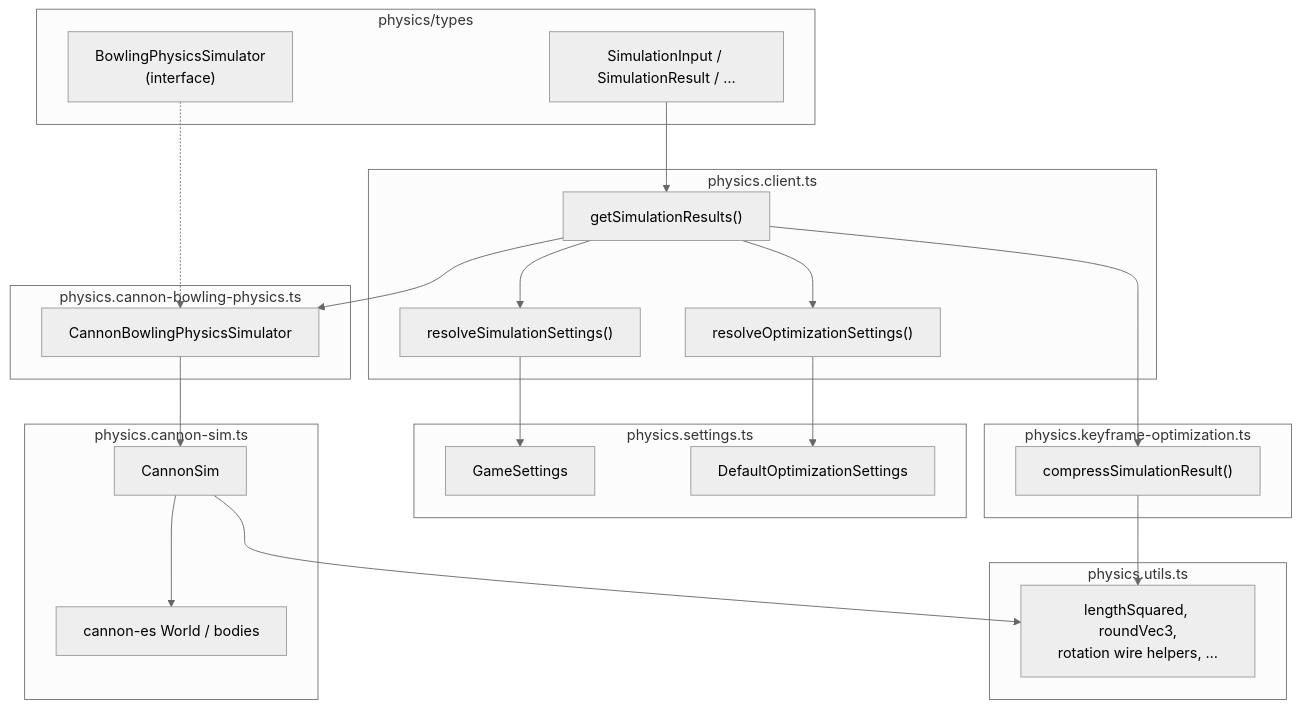
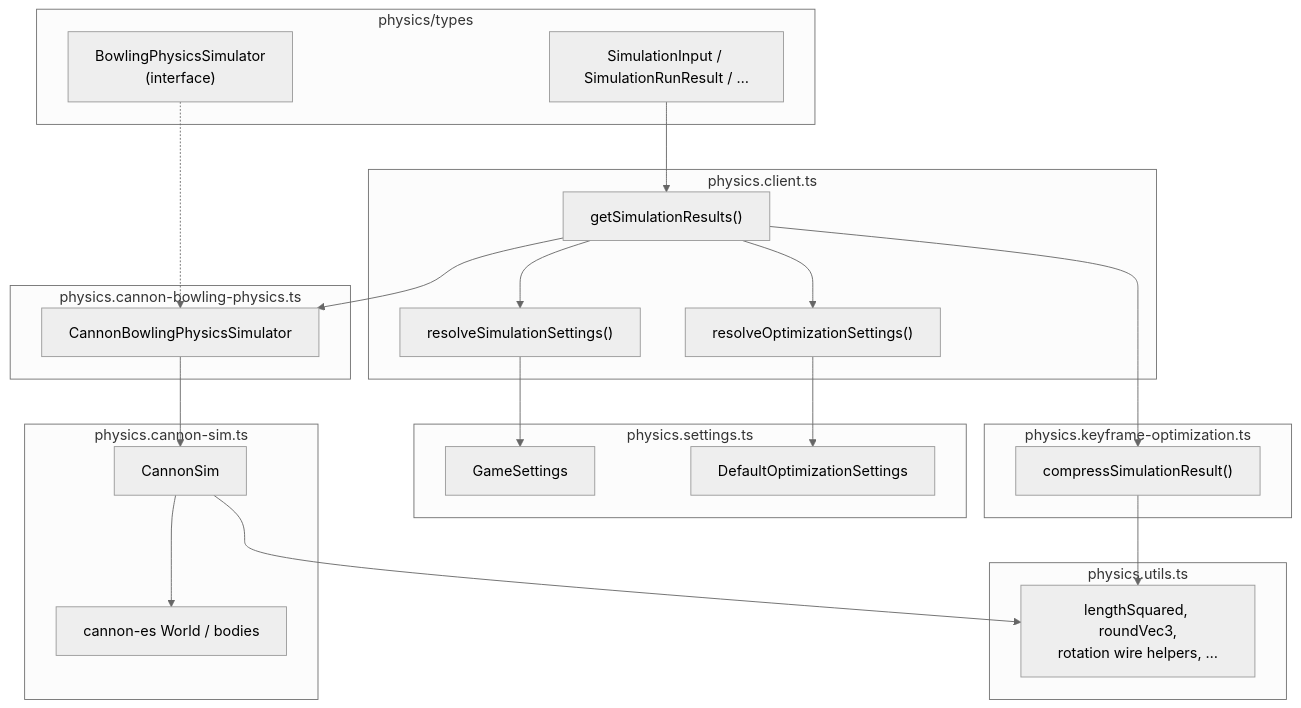
One commit to stom66/dcl-bowling-visualiser changed the first of 3 diagrams in src/bowling/physics/README.md. Above: the diagram before and after it, drawn with Mermaid (neutral theme). The commit also changed other lines of this file and 9 other files, not shown here.

````diff
--- a/src/bowling/physics/README.md
+++ b/src/bowling/physics/README.md
@@ -28,48 +96,48 @@
 ```mermaid
 flowchart TB
  subgraph types["physics/types"]
   IFACE["BowlingPhysicsSimulator\n(interface)"]
-  SI["SimulationInput / SimulationResult / …"]
+  SI["SimulationInput / SimulationRunResult / …"]
  end
 
  subgraph client["physics.client.ts"]
   GSR["getSimulationResults()"]
   RS["resolveSimulationSettings()"]
   RO["resolveOptimizationSettings()"]
  end
 
  subgraph settings["physics.settings.ts"]
   GS["GameSettings"]
   DO["DefaultOptimizationSettings"]
  end
 
  subgraph adapter["physics.cannon-bowling-physics.ts"]
   CBP["CannonBowlingPhysicsSimulator"]
  end
 
  subgraph engine["physics.cannon-sim.ts"]
   CS["CannonSim"]
   CANNON["cannon-es World / bodies"]
  end
 
  subgraph opt["physics.keyframe-optimization.ts"]
   COMP["compressSimulationResult()"]
  end
 
  subgraph utils["physics.utils.ts"]
   U["lengthSquared, roundVec3,\nrotation wire helpers, …"]
  end
 
  IFACE -.-> CBP
  CBP --> CS
  CS --> CANNON
  GSR --> RS
  GSR --> RO
  GSR --> CBP
  GSR --> COMP
  RS --> GS
  RO --> DO
  CS --> U
  COMP --> U
  SI --> GSR
 ```
````
